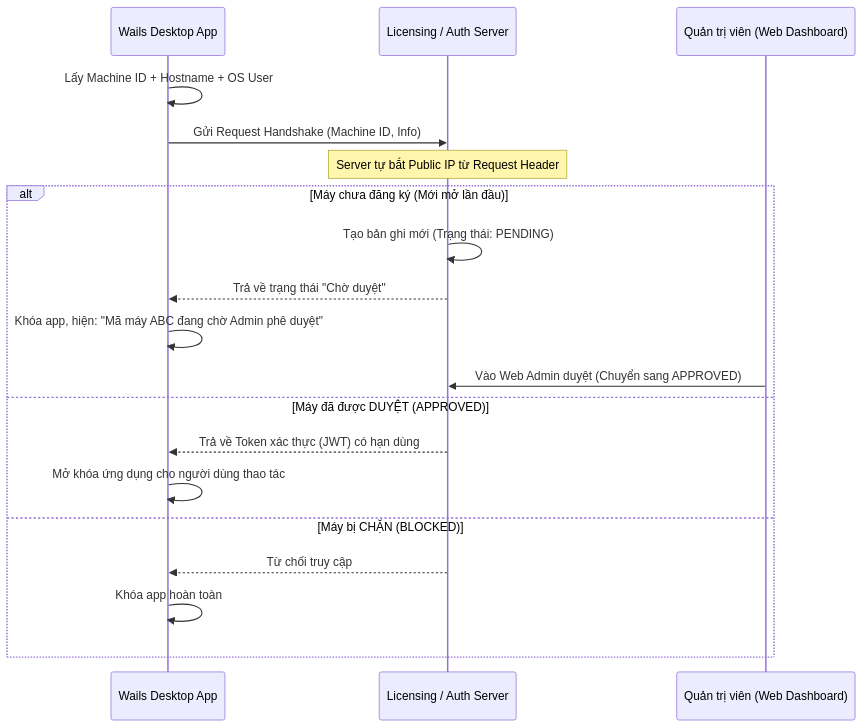
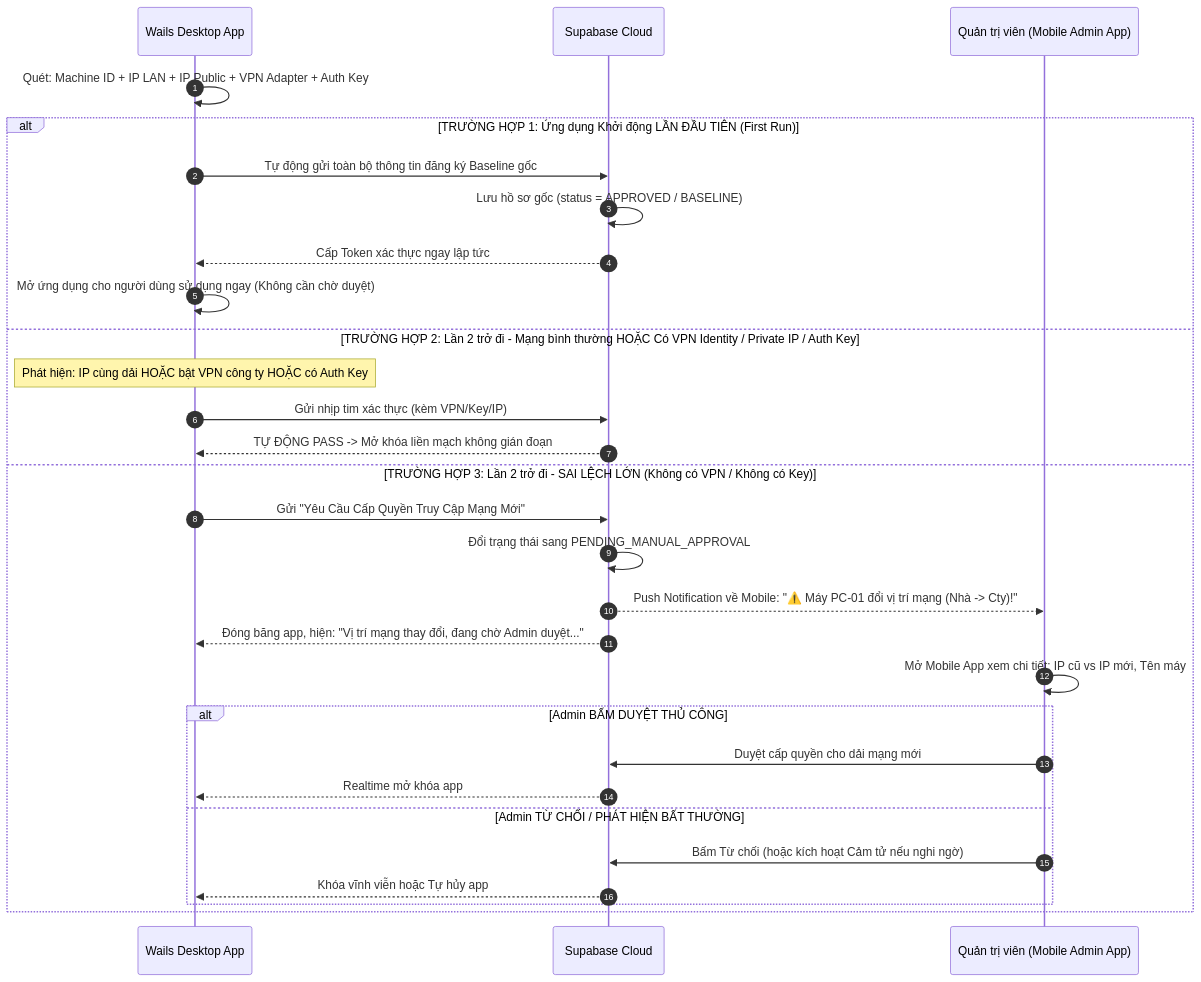
The first of 4 diagrams in Dự đinh sắp triển khai.md (tuanhuynh1704/internal-tool-api), drawn with Mermaid before and after one commit. The commit also changed other lines of this file and 1 other file, not shown here.

````diff
--- a/Dự đinh sắp triển khai.md
+++ b/Dự đinh sắp triển khai.md
@@ -25,23 +44,34 @@
 ```mermaid
 sequenceDiagram
+    autonumber
     participant Client as Wails Desktop App
-    participant Server as Licensing / Auth Server
-    participant Admin as Quản trị viên (Web Dashboard)
+    participant Server as Supabase Cloud
+    participant Admin as Quản trị viên (Mobile Admin App)
 
-    Client->>Client: Lấy Machine ID + Hostname + OS User
-    Client->>Server: Gửi Request Handshake (Machine ID, Info)
-    Note over Server: Server tự bắt Public IP từ Request Header
+    Client->>Client: Quét: Machine ID + IP LAN + IP Public + VPN Adapter + Auth Key
 
-    alt Máy chưa đăng ký (Mới mở lần đầu)
-        Server->>Server: Tạo bản ghi mới (Trạng thái: PENDING)
-        Server-->>Client: Trả về trạng thái "Chờ duyệt"
-        Client->>Client: Khóa app, hiện: "Mã máy ABC đang chờ Admin phê duyệt"
-        Admin->>Server: Vào Web Admin duyệt (Chuyển sang APPROVED)
-    else Máy đã được DUYỆT (APPROVED)
-        Server-->>Client: Trả về Token xác thực (JWT) có hạn dùng
-        Client->>Client: Mở khóa ứng dụng cho người dùng thao tác
-    else Máy bị CHẶN (BLOCKED)
-        Server-->>Client: Từ chối truy cập
-        Client->>Client: Khóa app hoàn toàn
+    alt TRƯỜNG HỢP 1: Ứng dụng Khởi động LẦN ĐẦU TIÊN (First Run)
+        Client->>Server: Tự động gửi toàn bộ thông tin đăng ký Baseline gốc
+        Server->>Server: Lưu hồ sơ gốc (status = APPROVED / BASELINE)
+        Server-->>Client: Cấp Token xác thực ngay lập tức
+        Client->>Client: Mở ứng dụng cho người dùng sử dụng ngay (Không cần chờ duyệt)
+    else TRƯỜNG HỢP 2: Lần 2 trở đi - Mạng bình thường HOẶC Có VPN Identity / Private IP / Auth Key
+        Note over Client: Phát hiện: IP cùng dải HOẶC bật VPN công ty HOẶC có Auth Key
+        Client->>Server: Gửi nhịp tim xác thực (kèm VPN/Key/IP)
+        Server-->>Client: TỰ ĐỘNG PASS -> Mở khóa liền mạch không gián đoạn
+    else TRƯỜNG HỢP 3: Lần 2 trở đi - SAI LỆCH LỚN (Không có VPN / Không có Key)
+        Client->>Server: Gửi "Yêu Cầu Cấp Quyền Truy Cập Mạng Mới"
+        Server->>Server: Đổi trạng thái sang PENDING_MANUAL_APPROVAL
+        Server-->>Admin: Push Notification về Mobile: "⚠️ Máy PC-01 đổi vị trí mạng (Nhà -> Cty)!"
+        Server-->>Client: Đóng băng app, hiện: "Vị trí mạng thay đổi, đang chờ Admin duyệt..."
+        
+        Admin->>Admin: Mở Mobile App xem chi tiết: IP cũ vs IP mới, Tên máy
+        alt Admin BẤM DUYỆT THỦ CÔNG
+            Admin->>Server: Duyệt cấp quyền cho dải mạng mới
+            Server-->>Client: Realtime mở khóa app
+        else Admin TỪ CHỐI / PHÁT HIỆN BẤT THƯỜNG
+            Admin->>Server: Bấm Từ chối (hoặc kích hoạt Cảm tử nếu nghi ngờ)
+            Server-->>Client: Khóa vĩnh viễn hoặc Tự hủy app
+        end
     end
 ```
````
